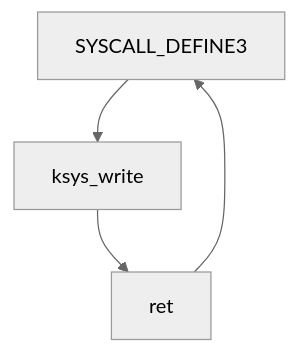
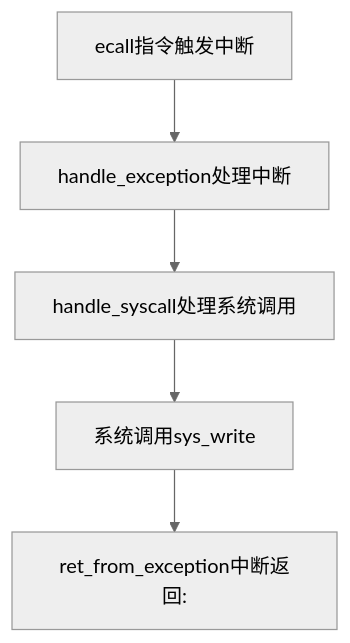
The diagram in Lab5分析 system_call 中断处理过程.md (Elonisme/RiSCV-Linux-kernel-analysis-experiment-manual), drawn with Mermaid (neutral theme) before and after one commit. The commit also changed other lines of this file, not shown here.

````diff
--- a/Lab5分析 system_call 中断处理过程.md
+++ b/Lab5分析 system_call 中断处理过程.md
@@ -222,6 +234,7 @@
 ```mermaid
 graph TD;
-   SYSCALL_DEFINE3-->ksys_write;
-   ksys_write--> ret;
-   ret-->SYSCALL_DEFINE3;
+   ecall指令触发中断-->handle_exception处理中断;
+   handle_exception处理中断--> handle_syscall处理系统调用;
+   handle_syscall处理系统调用-->系统调用sys_write;
+   系统调用sys_write--> ret_from_exception中断返回:
 ```
````
